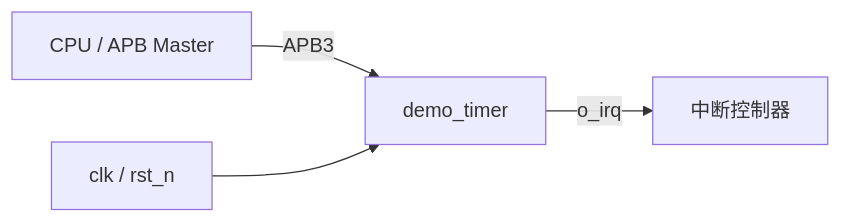
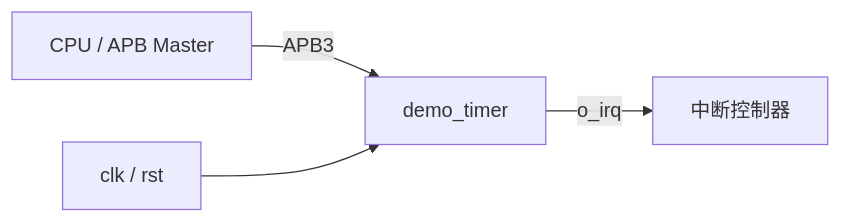
The diagram in plugins/rtl-flow/skills/rtl-design-flow/examples/demo_timer/doc/01_spec.md (rtl-workflow/rtl_doc_agent), drawn with Mermaid before and after one commit. The commit also changed other lines of this file and 32 other files, not shown here.

````diff
--- a/plugins/rtl-flow/skills/rtl-design-flow/examples/demo_timer/doc/01_spec.md
+++ b/plugins/rtl-flow/skills/rtl-design-flow/examples/demo_timer/doc/01_spec.md
@@ -18,6 +18,6 @@
 ```mermaid
 flowchart LR
   cpu[CPU / APB Master] -- APB3 --> timer[demo_timer]
   timer -- o_irq --> intc[中断控制器]
-  clk[clk / rst_n] --> timer
+  clk[clk / rst] --> timer
 ```
````
